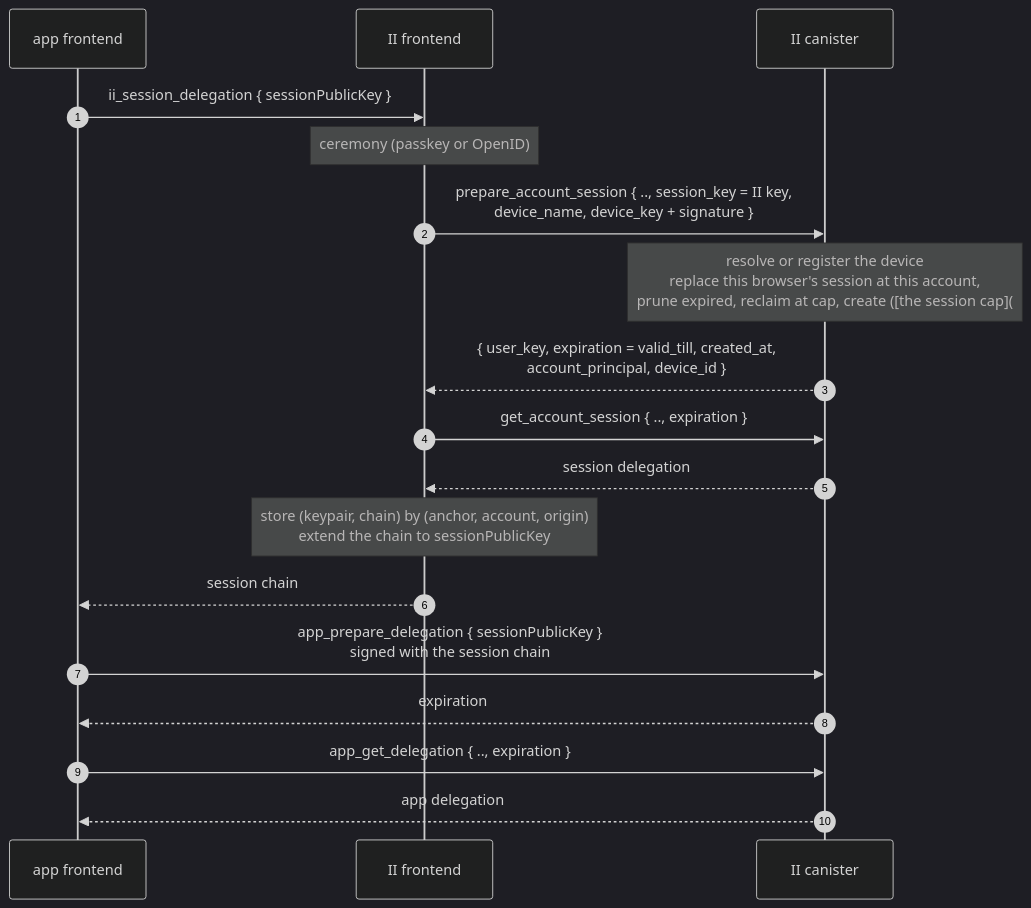
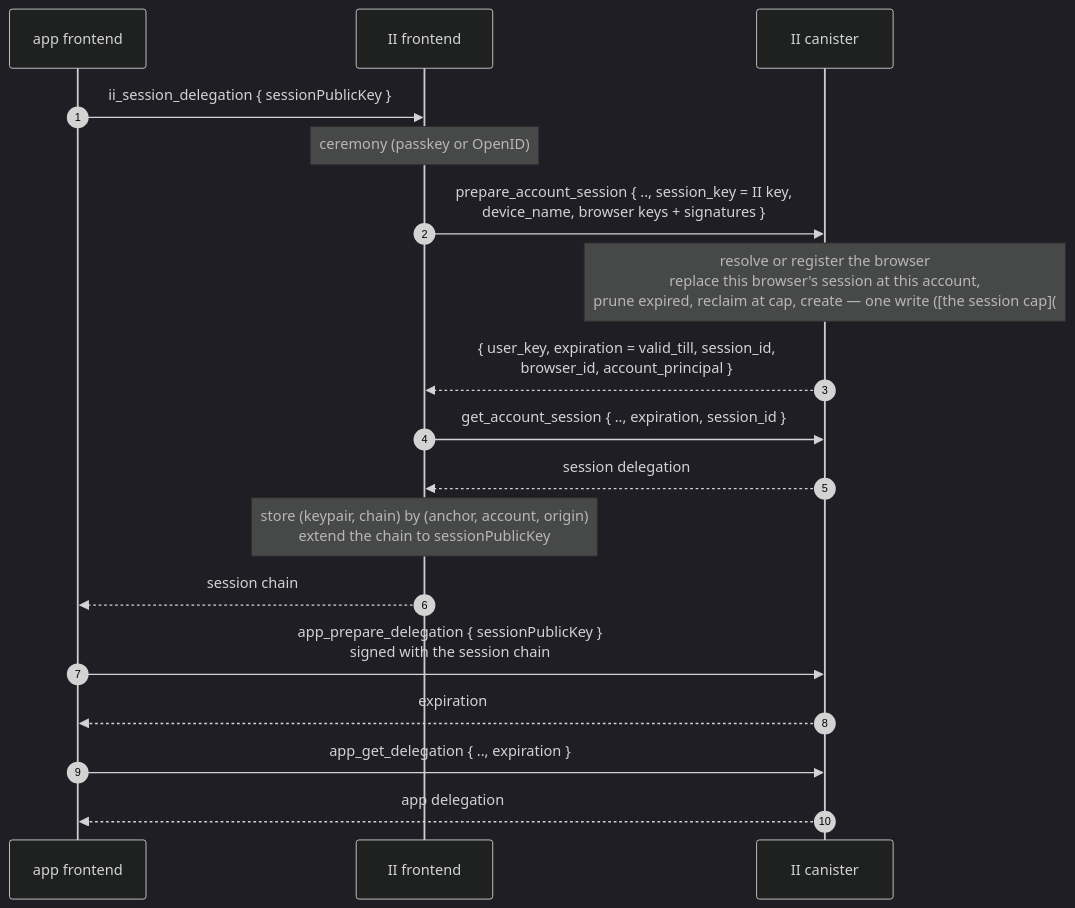
The third of 7 diagrams in docs/ongoing/revocable-app-sessions-spec.md (dfinity/internet-identity), drawn with Mermaid (dark theme) before and after one commit. The commit also changed other lines of this file and 1 other file, not shown here.

First line of the commit message:
docs: bring the session spec onto the design that shipped

````diff
--- a/docs/ongoing/revocable-app-sessions-spec.md
+++ b/docs/ongoing/revocable-app-sessions-spec.md
@@ -520,20 +561,20 @@
 ```mermaid
 sequenceDiagram
     autonumber
     participant App as app frontend
     participant IIF as II frontend
     participant IIC as II canister
     App->>IIF: ii_session_delegation { sessionPublicKey }
     Note over IIF: ceremony (passkey or OpenID)
-    IIF->>IIC: prepare_account_session { .., session_key = II key,<br/>device_name, device_key + signature }
-    Note over IIC: resolve or register the device<br/>replace this browser's session at this account,<br/>prune expired, reclaim at cap, create ([the session cap](#the-session-cap))
-    IIC-->>IIF: { user_key, expiration = valid_till, created_at,<br/>account_principal, device_id }
-    IIF->>IIC: get_account_session { .., expiration }
+    IIF->>IIC: prepare_account_session { .., session_key = II key,<br/>device_name, browser keys + signatures }
+    Note over IIC: resolve or register the browser<br/>replace this browser's session at this account,<br/>prune expired, reclaim at cap, create — one write ([the session cap](#the-session-cap))
+    IIC-->>IIF: { user_key, expiration = valid_till, session_id,<br/>browser_id, account_principal }
+    IIF->>IIC: get_account_session { .., expiration, session_id }
     IIC-->>IIF: session delegation
     Note over IIF: store (keypair, chain) by (anchor, account, origin)<br/>extend the chain to sessionPublicKey
     IIF-->>App: session chain
     App->>IIC: app_prepare_delegation { sessionPublicKey }<br/>signed with the session chain
     IIC-->>App: expiration
     App->>IIC: app_get_delegation { .., expiration }
     IIC-->>App: app delegation
 ```
````
